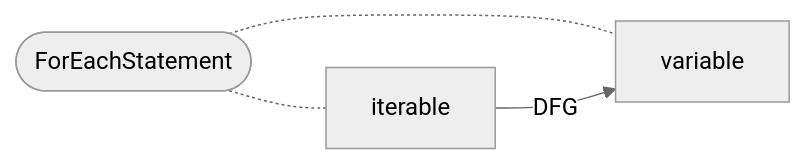
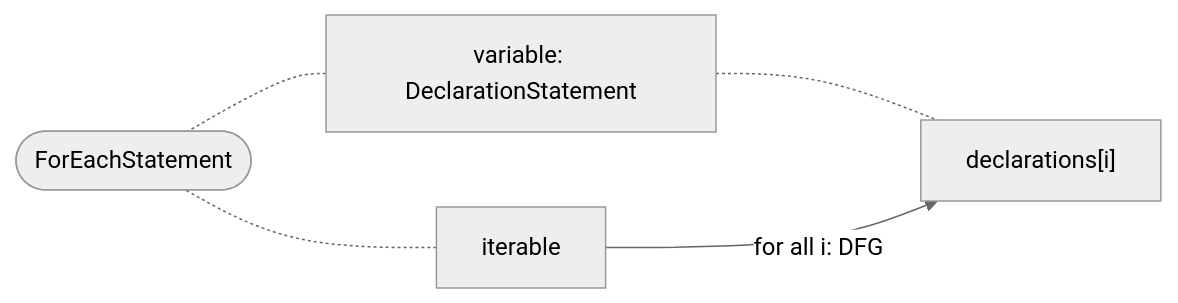
Diagram 26 of 31 in cpg-core/specifications/dfg.md (Fraunhofer-AISEC/cpg), drawn with Mermaid (neutral theme) before and after one commit. The commit also changed other lines of this file, not shown here.

````diff
--- a/cpg-core/specifications/dfg.md
+++ b/cpg-core/specifications/dfg.md
@@ -413,6 +420,7 @@
 ```mermaid
   flowchart LR
-    node([ForEachStatement]) -.- variable[variable]
+    node([ForEachStatement]) -.- variable[variable: DeclarationStatement]
     node -.- iterable[iterable]
-    iterable -- DFG --> variable
+    variable -.- declarations["declarations[i]"]
+    iterable -- for all i: DFG --> declarations
   ```
````
